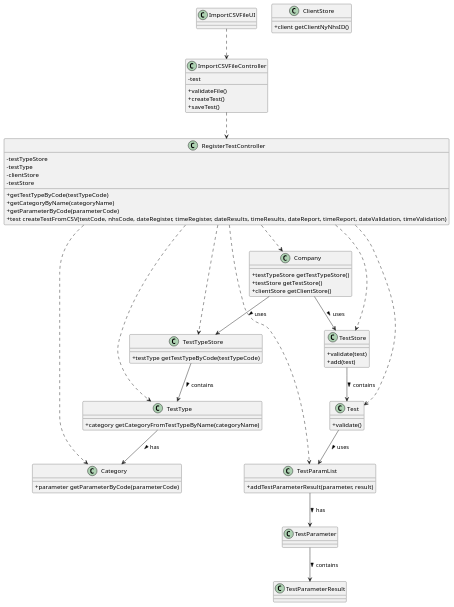
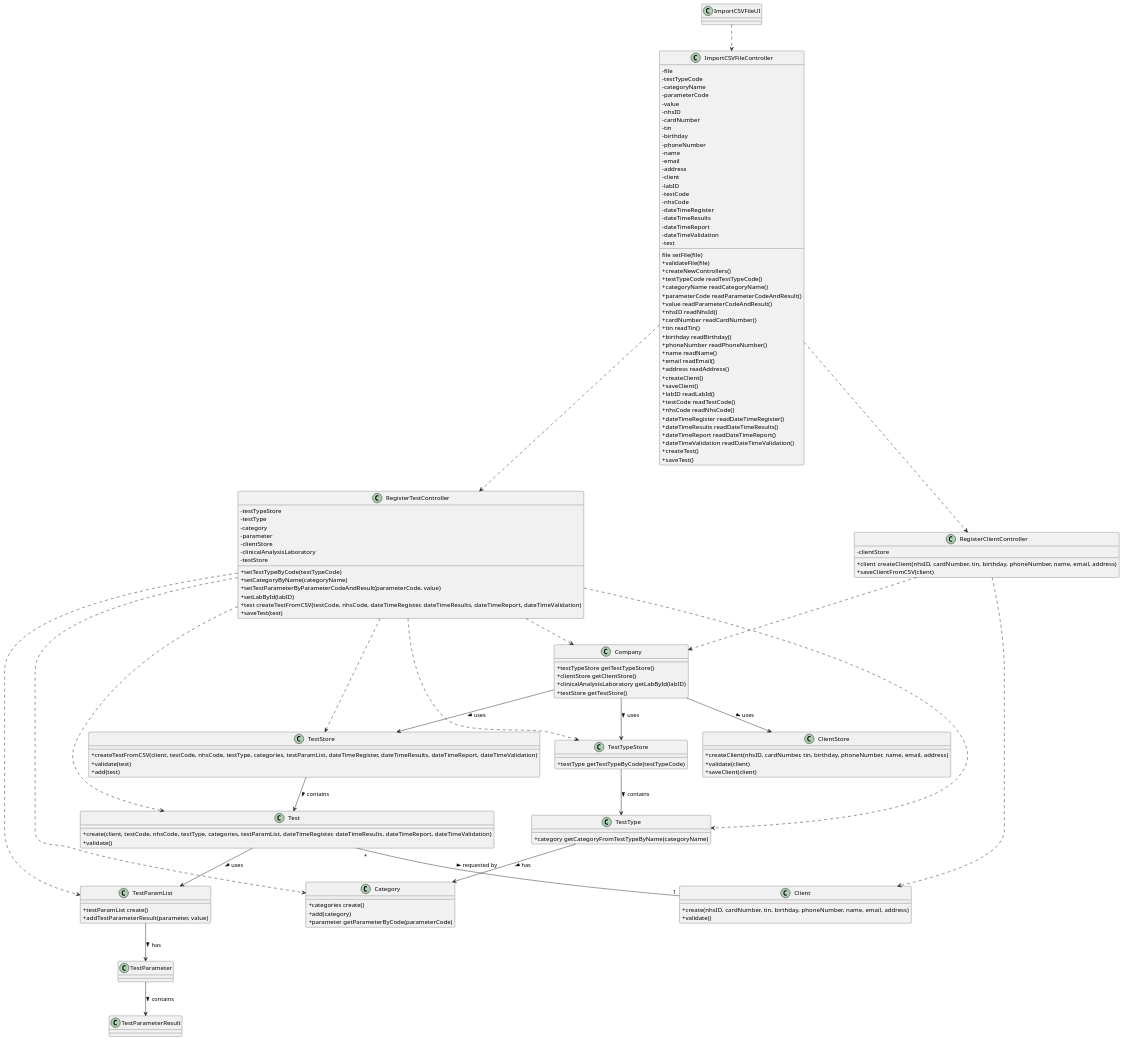
Before and after one commit to MadDinosaur/ISEP-LAPR2: the diagram in docs/SprintD/US17/US17_CD.puml, drawn with PlantUML. The commit also changed 7 other files, not shown here.

Commit message:
US17: updated the class, sequence diagrams; updated the domain model; updated the requirements file; created all the .svg files.

```diff
--- a/docs/SprintD/US17/US17_CD.puml
+++ b/docs/SprintD/US17/US17_CD.puml
@@ -1,93 +1,170 @@
 @startuml
 
 skinparam classAttributeIconSize 0
 
 class ImportCSVFileUI
 
 class ImportCSVFileController {
+-file
+-testTypeCode
+-categoryName
+-parameterCode
+-value
+-nhsID
+-cardNumber
+-tin
+-birthday
+-phoneNumber
+-name
+-email
+-address
+-client
+-labID
+-testCode
+-nhsCode
+-dateTimeRegister
+-dateTimeResults
+-dateTimeReport
+-dateTimeValidation
 -test
 
-+validateFile()
+
+
+file setFile(file)
++validateFile(file)
++createNewControllers()
++testTypeCode readTestTypeCode()
++categoryName readCategoryName()
++parameterCode readParameterCodeAndResult()
++value readParameterCodeAndResult()
++nhsID readNhsId()
++cardNumber readCardNumber()
++tin readTin()
++birthday readBirthday()
++phoneNumber readPhoneNumber()
++name readName()
++email readEmail()
++address readAddress()
++createClient()
++saveClient()
++labID readLabId()
++testCode readTestCode()
++nhsCode readNhsCode()
++dateTimeRegister readDateTimeRegister()
++dateTimeResults readDateTimeResults()
++dateTimeReport readDateTimeReport()
++dateTimeValidation readDateTimeValidation()
 +createTest()
 +saveTest()
 }
 
 class RegisterTestController {
 -testTypeStore
 -testType
+-category
+-parameter
 -clientStore
+-clinicalAnalysisLaboratory
 -testStore
 
-+getTestTypeByCode(testTypeCode)
-+getCategoryByName(categoryName)
-+getParameterByCode(parameterCode)
-+test createTestFromCSV(testCode, nhsCode, dateRegister, timeRegister, dateResults, timeResults,  dateReport, timeReport,  dateValidation, timeValidation)
++setTestTypeByCode(testTypeCode)
++setCategoryByName(categoryName)
++setTestParameterByParameterCodeAndResult(parameterCode, value)
++setLabById(labID)
++test createTestFromCSV(testCode, nhsCode, dateTimeRegister, dateTimeResults,  dateTimeReport,  dateTimeValidation)
++saveTest(test)
+}
 
+class RegisterClientController {
+-clientStore
+
++client createClient(nhsID, cardNumber, tin, birthday, phoneNumber, name, email, address)
++saveClientFromCSV(client)
 }
 
 class Company {
 +testTypeStore getTestTypeStore()
++clientStore getClientStore()
++clinicalAnalysisLaboratory getLabById(labID)
 +testStore getTestStore()
-+clientStore getClientStore()
 }
 
 class TestTypeStore {
 +testType getTestTypeByCode(testTypeCode)
 }
 
 class TestStore {
++createTestFromCSV(client, testCode, nhsCode, testType, categories, testParamList, dateTimeRegister, dateTimeResults, dateTimeReport, dateTimeValidation)
 +validate(test)
 +add(test)
 }
 
 class Test {
++create(client, testCode, nhsCode, testType, categories, testParamList, dateTimeRegister, dateTimeResults, dateTimeReport, dateTimeValidation)
 +validate()
 }
 
 class TestType {
 +category getCategoryFromTestTypeByName(categoryName)
 }
 
 class TestParameterResult
 
 class TestParamList {
-+addTestParameterResult(parameter, result)
++testParamList create()
++addTestParameterResult(parameter, value)
 }
 
 class Category {
++categories create()
++add(category)
 +parameter getParameterByCode(parameterCode)
 }
 
 class TestParameter
 
 class ClientStore {
-+client getClientNyNhsID()
++createClient(nhsID, cardNumber, tin, birthday, phoneNumber, name, email, address)
++validate(client)
++saveClient(client)
+}
+
+class Client {
++create(nhsID, cardNumber, tin, birthday, phoneNumber, name, email, address)
++validate()
 }
 
 
 ImportCSVFileUI ..> ImportCSVFileController
 ImportCSVFileController ..> RegisterTestController
+ImportCSVFileController ..> RegisterClientController
 
 Company -down-> TestStore: uses >
 Company -down-> TestTypeStore: uses >
+Company -down-> ClientStore: uses >
 
 TestStore -down-> Test: contains >
 TestTypeStore -down-> TestType: contains >
 
 TestType -down-> Category: has >
 
 TestParameter -down-> TestParameterResult: contains >
 
 Test -down-> TestParamList: uses >
 
 TestParamList -down-> TestParameter: has >
 
 RegisterTestController ..> TestStore
 RegisterTestController ..> TestTypeStore
 RegisterTestController ..> TestParamList
 RegisterTestController ..> Test
 RegisterTestController ..> Company
 RegisterTestController ..> TestType
 RegisterTestController ..> Category
 
+RegisterClientController ..> Company
+RegisterClientController ..> Client
+
+Test "*"--"1" Client : requested by >
+
 @enduml
```
